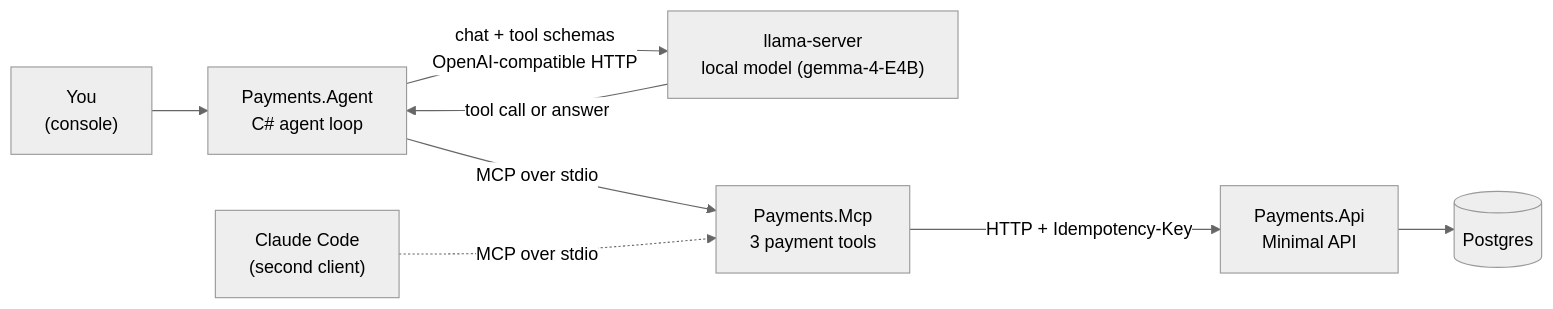
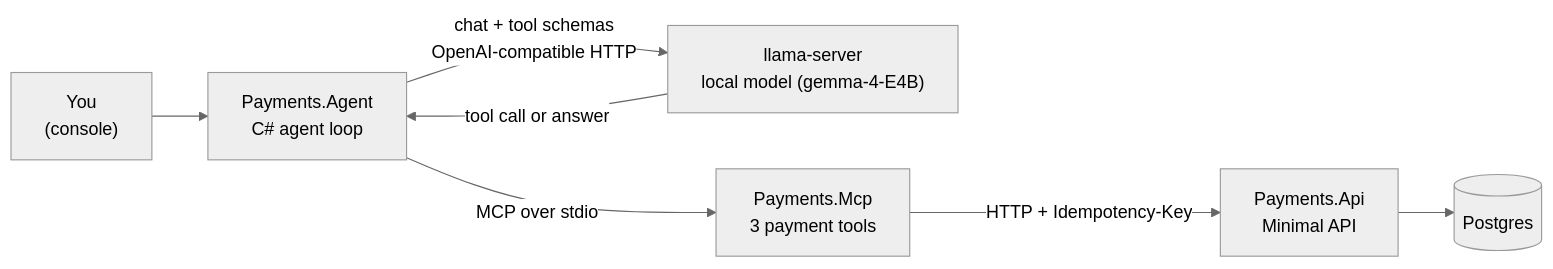
One commit to BaiGanio/agent-ready-payments changed the first of 2 diagrams in docs/plan/PLAN.md. Above: the diagram before and after it, drawn with Mermaid (neutral theme). The commit also changed other lines of this file and 18 other files, not shown here.

````diff
--- a/docs/plan/PLAN.md
+++ b/docs/plan/PLAN.md
@@ -72,10 +72,9 @@
 ```mermaid
 flowchart LR
     U["You<br/>(console)"] --> A["Payments.Agent<br/>C# agent loop"]
     A -- "chat + tool schemas<br/>OpenAI-compatible HTTP" --> L["llama-server<br/>local model (gemma-4-E4B)"]
     L -- "tool call or answer" --> A
     A -- "MCP over stdio" --> M["Payments.Mcp<br/>3 payment tools"]
     M -- "HTTP + Idempotency-Key" --> API["Payments.Api<br/>Minimal API"]
     API --> DB[("Postgres")]
-    CC["Claude Code<br/>(second client)"] -. "MCP over stdio" .-> M
 ```
````
